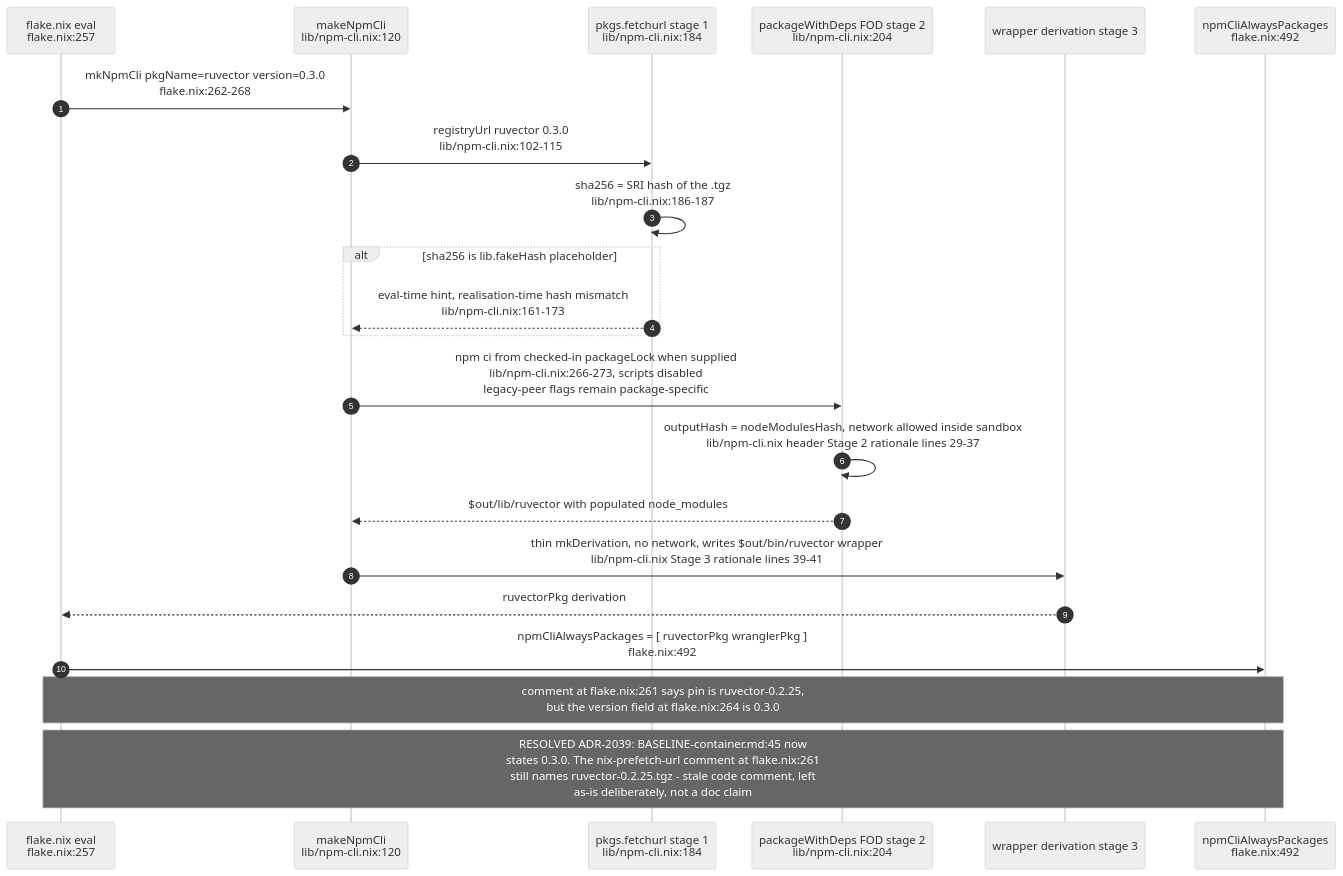
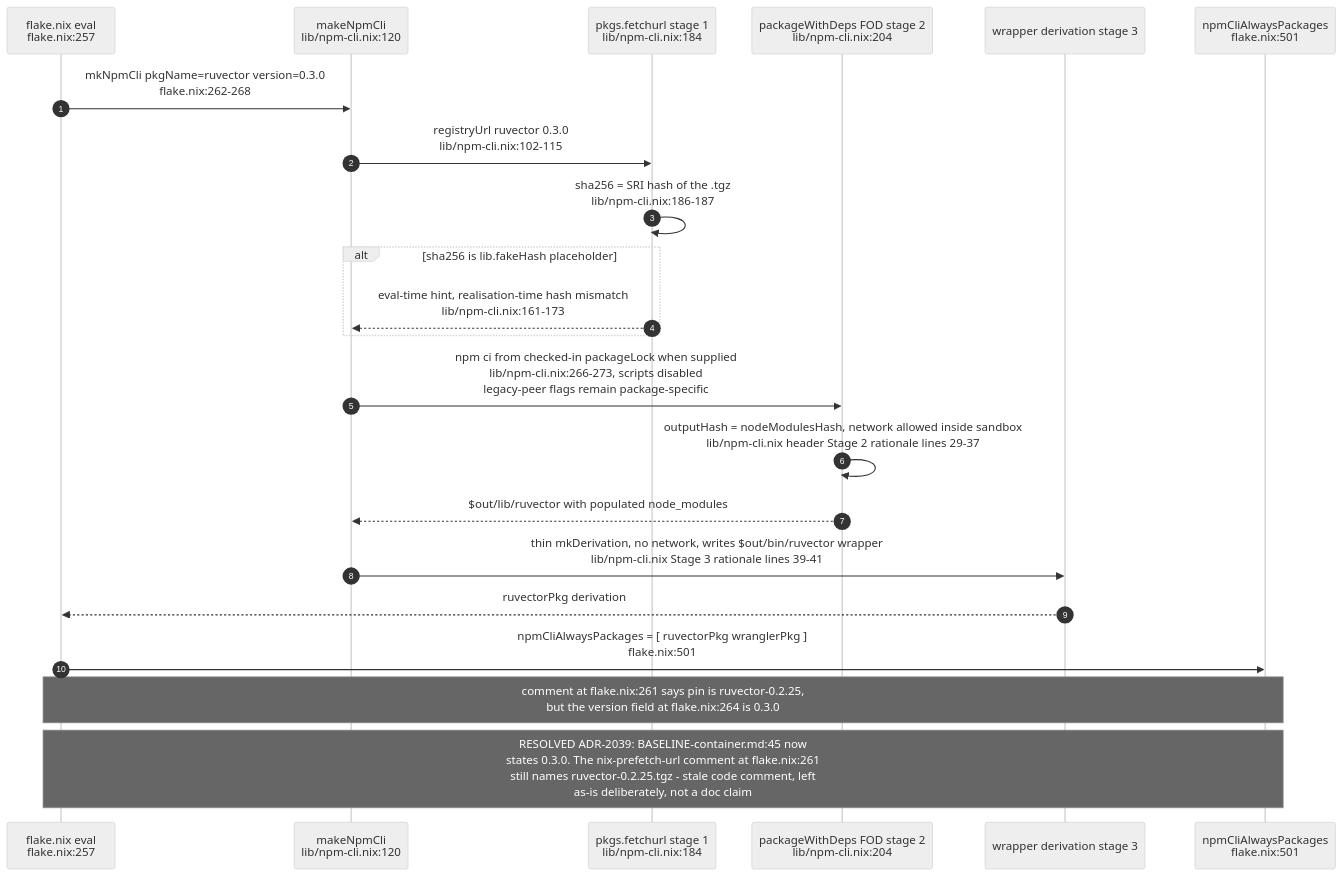
The fifth of 11 diagrams in docs/diagrams/agentbox/01-nix-flake-composition.md (DreamLab-AI/VisionFlow), drawn with Mermaid (neutral theme) before and after one commit. The commit also changed other lines of this file and 292 other files, not shown here.

````diff
--- a/docs/diagrams/agentbox/01-nix-flake-composition.md
+++ b/docs/diagrams/agentbox/01-nix-flake-composition.md
@@ -207,25 +207,25 @@
 ```mermaid
 sequenceDiagram
     autonumber
     participant FLAKE as flake.nix eval<br/>flake.nix:257
     participant MK as makeNpmCli<br/>lib/npm-cli.nix:120
     participant FETCH as pkgs.fetchurl stage 1<br/>lib/npm-cli.nix:184
     participant FOD as packageWithDeps FOD stage 2<br/>lib/npm-cli.nix:204
     participant WRAP as wrapper derivation stage 3
-    participant ALWAYS as npmCliAlwaysPackages<br/>flake.nix:492
+    participant ALWAYS as npmCliAlwaysPackages<br/>flake.nix:501
 
     FLAKE->>MK: mkNpmCli pkgName=ruvector version=0.3.0<br/>flake.nix:262-268
     MK->>FETCH: registryUrl ruvector 0.3.0<br/>lib/npm-cli.nix:102-115
     FETCH->>FETCH: sha256 = SRI hash of the .tgz<br/>lib/npm-cli.nix:186-187
     alt sha256 is lib.fakeHash placeholder
         FETCH-->>MK: eval-time hint, realisation-time hash mismatch<br/>lib/npm-cli.nix:161-173
     end
     MK->>FOD: npm ci from checked-in packageLock when supplied<br/>lib/npm-cli.nix:266-273, scripts disabled<br/>legacy-peer flags remain package-specific
     FOD->>FOD: outputHash = nodeModulesHash, network allowed inside sandbox<br/>lib/npm-cli.nix header Stage 2 rationale lines 29-37
     FOD-->>MK: $out/lib/ruvector with populated node_modules
     MK->>WRAP: thin mkDerivation, no network, writes $out/bin/ruvector wrapper<br/>lib/npm-cli.nix Stage 3 rationale lines 39-41
     WRAP-->>FLAKE: ruvectorPkg derivation
-    FLAKE->>ALWAYS: npmCliAlwaysPackages = [ ruvectorPkg wranglerPkg ]<br/>flake.nix:492
+    FLAKE->>ALWAYS: npmCliAlwaysPackages = [ ruvectorPkg wranglerPkg ]<br/>flake.nix:501
     Note over FLAKE,ALWAYS: comment at flake.nix:261 says pin is ruvector-0.2.25,<br/>but the version field at flake.nix:264 is 0.3.0
     Note over FLAKE,ALWAYS: RESOLVED ADR-2039: BASELINE-container.md:45 now<br/>states 0.3.0. The nix-prefetch-url comment at flake.nix:261<br/>still names ruvector-0.2.25.tgz - stale code comment, left<br/>as-is deliberately, not a doc claim
 ```
````
